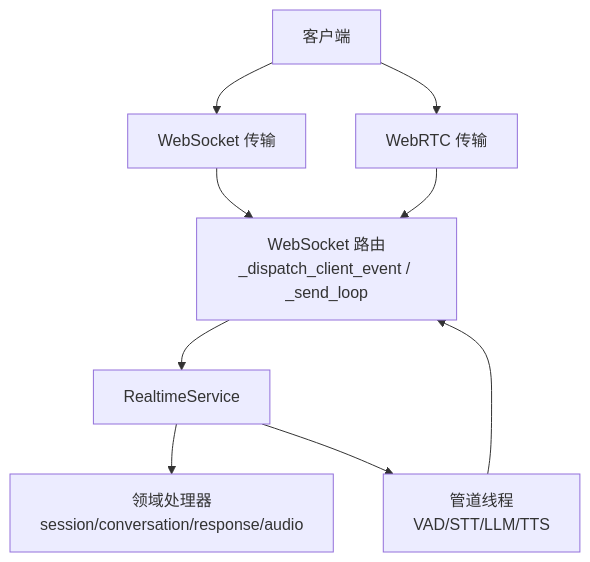
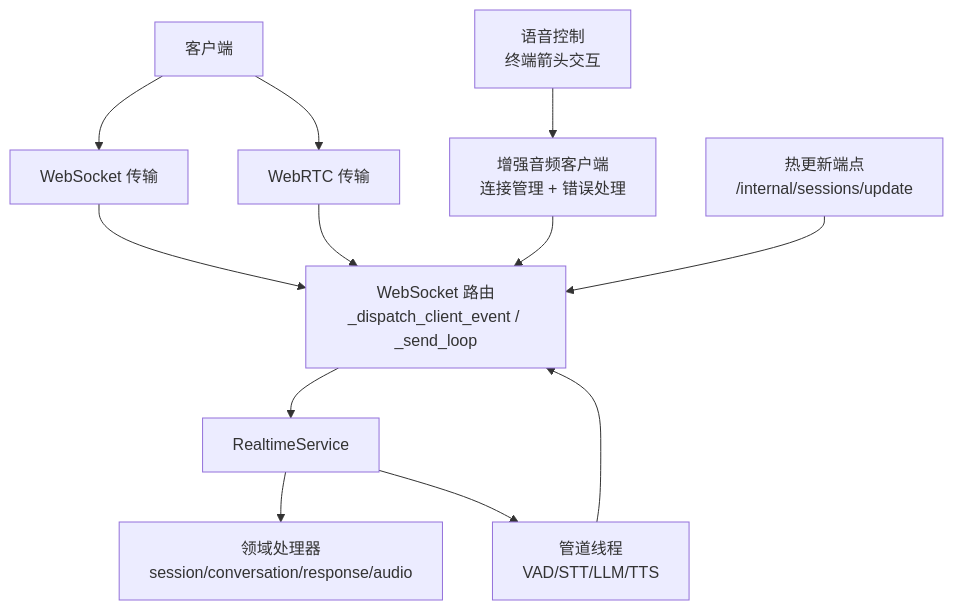
One commit to joezxh/speech-to-speech changed the first of 11 diagrams in .qoder/repowiki/zh/content/OpenAI Realtime API/OpenAI Realtime API.md. Above: the diagram before and after it, drawn with Mermaid. The commit also changed other lines of this file and 1743 other files, not shown here.

````diff
--- a/.qoder/repowiki/zh/content/OpenAI Realtime API/OpenAI Realtime API.md
+++ b/.qoder/repowiki/zh/content/OpenAI Realtime API/OpenAI Realtime API.md
@@ -48,11 +67,14 @@
 ```mermaid
 graph TB
 Client["客户端"] --> WS["WebSocket 传输"]
 Client --> RTC["WebRTC 传输"]
 WS --> Router["WebSocket 路由<br/>_dispatch_client_event / _send_loop"]
 RTC --> Router
 Router --> Service["RealtimeService"]
 Service --> Handlers["领域处理器<br/>session/conversation/response/audio"]
 Service --> Pipeline["管道线程<br/>VAD/STT/LLM/TTS"]
 Pipeline --> Router
+AudioClient["增强音频客户端<br/>连接管理 + 错误处理"] --> Router
+VoiceControls["语音控制<br/>终端箭头交互"] --> AudioClient
+InternalUpdate["热更新端点<br/>/internal/sessions/update"] --> Router
 ```
````
